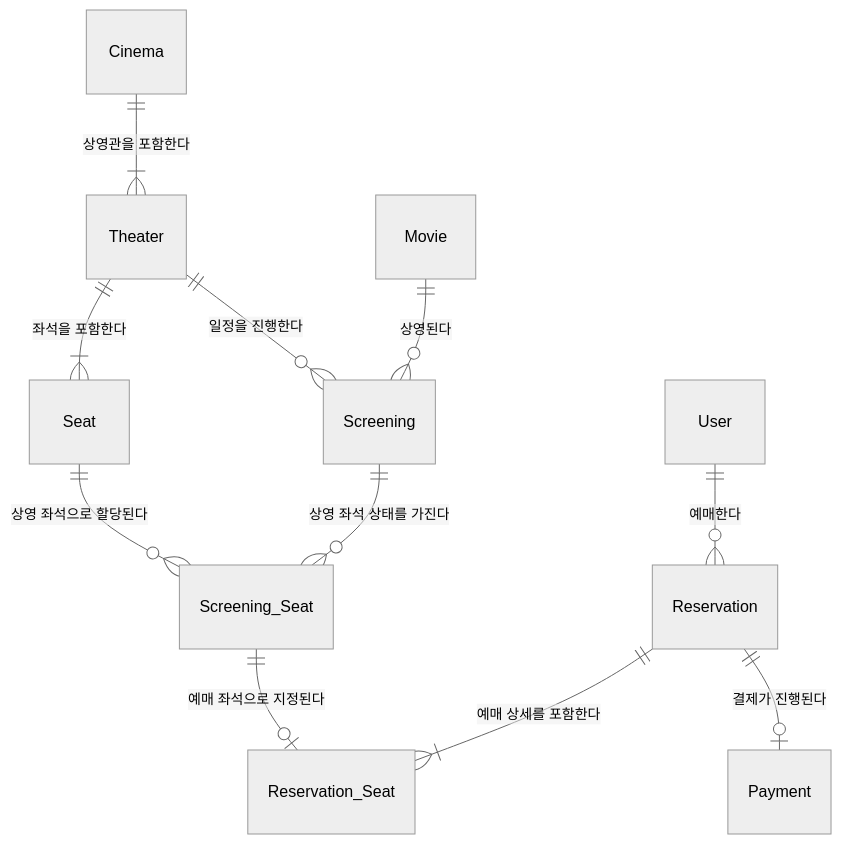
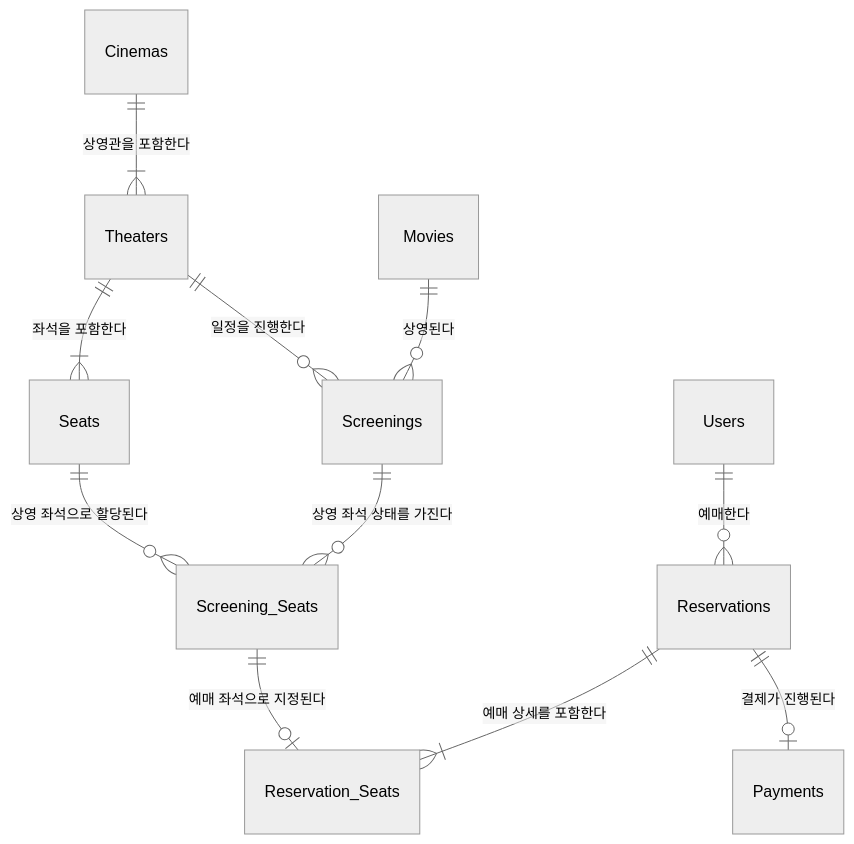
One commit to ImJhoon/Backend-Engineering-Study changed the diagram in members/ImJhoon/week1/Conceptual-Modeling.md. Above: the diagram before and after it, drawn with Mermaid (neutral theme). The commit also changed other lines of this file and 7 other files, not shown here.

````diff
--- a/members/ImJhoon/week1/Conceptual-Modeling.md
+++ b/members/ImJhoon/week1/Conceptual-Modeling.md
@@ -8,13 +8,13 @@
 ```mermaid
 erDiagram
-    User ||--o{ Reservation : "예매한다"
-    Movie ||--o{ Screening : "상영된다"
-    Cinema ||--|{ Theater : "상영관을 포함한다"
-    Theater ||--|{ Seat : "좌석을 포함한다"
-    Theater ||--o{ Screening : "일정을 진행한다"
-    Screening ||--o{ Screening_Seat : "상영 좌석 상태를 가진다"
-    Seat ||--o{ Screening_Seat : "상영 좌석으로 할당된다"
-    Reservation ||--|{ Reservation_Seat : "예매 상세를 포함한다"
-    Screening_Seat ||--o| Reservation_Seat : "예매 좌석으로 지정된다"
-    Reservation ||--o| Payment : "결제가 진행된다"
+    Users ||--o{ Reservations : "예매한다"
+    Movies ||--o{ Screenings : "상영된다"
+    Cinemas ||--|{ Theaters : "상영관을 포함한다"
+    Theaters ||--|{ Seats : "좌석을 포함한다"
+    Theaters ||--o{ Screenings : "일정을 진행한다"
+    Screenings ||--o{ Screening_Seats : "상영 좌석 상태를 가진다"
+    Seats ||--o{ Screening_Seats : "상영 좌석으로 할당된다"
+    Reservations ||--|{ Reservation_Seats : "예매 상세를 포함한다"
+    Screening_Seats ||--o| Reservation_Seats : "예매 좌석으로 지정된다"
+    Reservations ||--o| Payments : "결제가 진행된다"
 ```
````
